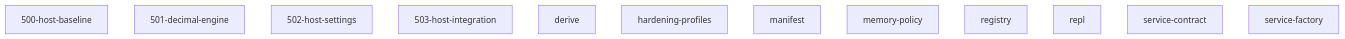
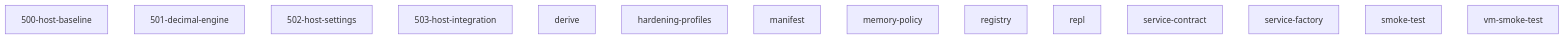
One commit to grapefruit89/mediNix-core changed the diagram in 50-core/AGENTS.md. Above: the diagram before and after it, drawn with Mermaid. The commit also changed other lines of this file and 8 other files, not shown here.

````diff
--- a/50-core/AGENTS.md
+++ b/50-core/AGENTS.md
@@ -93,15 +95,17 @@
 ```mermaid
 graph TD
   500_host_baseline["500-host-baseline"]
   501_decimal_engine["501-decimal-engine"]
   502_host_settings["502-host-settings"]
   503_host_integration["503-host-integration"]
   derive["derive"]
   hardening_profiles["hardening-profiles"]
   manifest["manifest"]
   memory_policy["memory-policy"]
   registry["registry"]
   repl["repl"]
   service_contract["service-contract"]
   service_factory["service-factory"]
+  smoke_test["smoke-test"]
+  vm_smoke_test["vm-smoke-test"]
 ```
````
